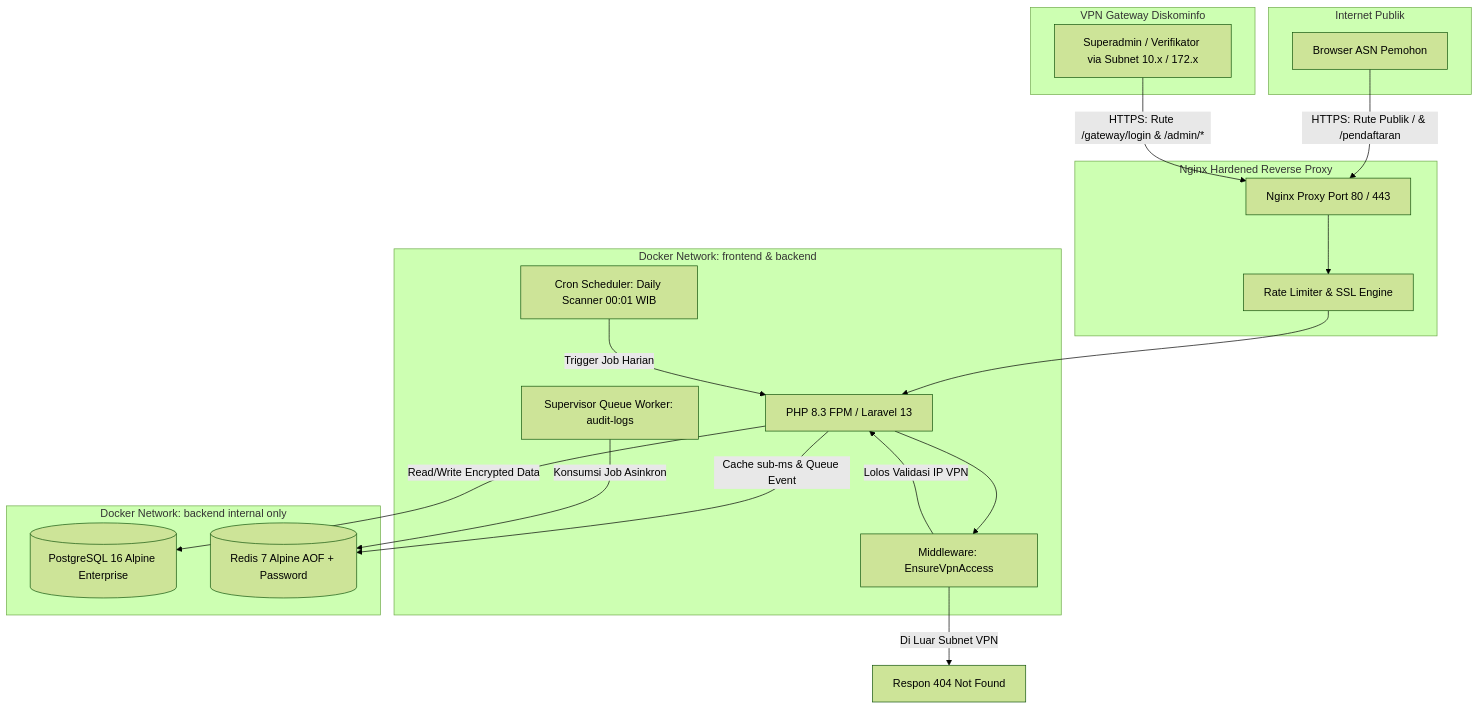
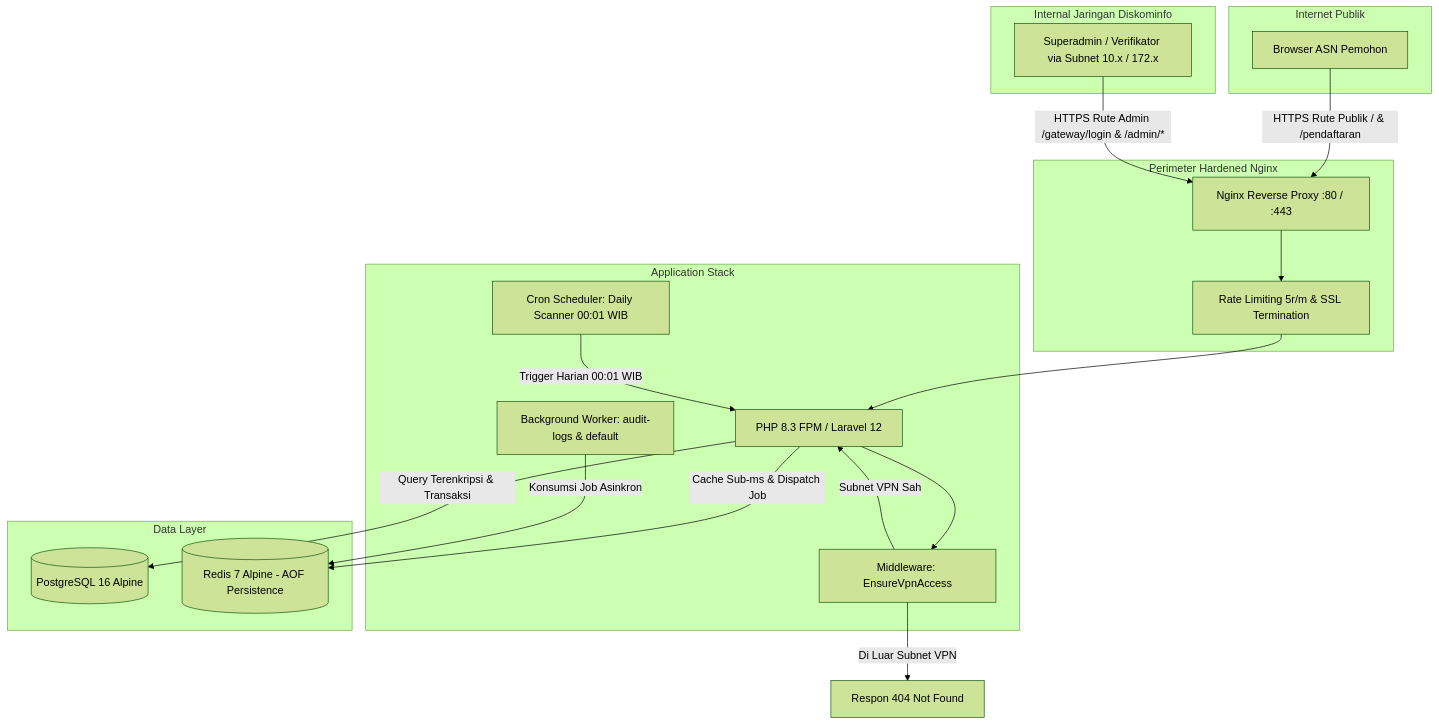
One commit to jundan01/sismon-tte changed the diagram in README.md. Above: the diagram before and after it, drawn with Mermaid (forest theme). The commit also changed other lines of this file, not shown here.

Commit message:
docs: revise README.md to reflect V5 system state, remove obsolete sub-category theory, and document real audit results

````diff
--- a/README.md
+++ b/README.md
@@ -99,42 +107,42 @@
 ```mermaid
 graph TD
-    subgraph Jaringan Publik [Internet Publik]
-        PublicUser[Browser ASN Pemohon]
+    subgraph Internet Publik
+        ASN[Browser ASN Pemohon]
     end
 
-    subgraph Jaringan Internal Diskominfo [VPN Gateway Diskominfo]
+    subgraph Internal Jaringan Diskominfo
         AdminVPN[Superadmin / Verifikator via Subnet 10.x / 172.x]
     end
 
-    subgraph Perimeter Edge [Nginx Hardened Reverse Proxy]
-        EdgeProxy[Nginx Proxy Port 80 / 443]
-        RateLimitZone[Rate Limiter & SSL Engine]
+    subgraph Perimeter Hardened Nginx
+        EdgeProxy[Nginx Reverse Proxy :80 / :443]
+        RateLimiter[Rate Limiting 5r/m & SSL Termination]
     end
 
-    subgraph Application Cluster [Docker Network: frontend & backend]
-        AppCluster[PHP 8.3 FPM / Laravel 13]
-        VpnGuard[Middleware: EnsureVpnAccess]
-        QueueWorker[Supervisor Queue Worker: audit-logs]
+    subgraph Application Stack
+        AppFpm[PHP 8.3 FPM / Laravel 12]
+        VpnMiddleware[Middleware: EnsureVpnAccess]
+        QueueWorker[Background Worker: audit-logs & default]
         CronJob[Cron Scheduler: Daily Scanner 00:01 WIB]
     end
 
-    subgraph Data Tier [Docker Network: backend internal only]
-        DB[(PostgreSQL 16 Alpine Enterprise)]
-        RedisCache[(Redis 7 Alpine AOF + Password)]
+    subgraph Data Layer
+        Postgres[(PostgreSQL 16 Alpine)]
+        RedisCache[(Redis 7 Alpine - AOF Persistence)]
     end
 
-    PublicUser -->|HTTPS: Rute Publik / & /pendaftaran| EdgeProxy
-    AdminVPN -->|HTTPS: Rute /gateway/login & /admin/*| EdgeProxy
-    
-    EdgeProxy --> RateLimitZone
-    RateLimitZone --> AppCluster
-    
-    AppCluster --> VpnGuard
-    VpnGuard -->|Lolos Validasi IP VPN| AppCluster
-    VpnGuard -->|Di Luar Subnet VPN| StealthBlock[Respon 404 Not Found]
-    
-    AppCluster -->|Read/Write Encrypted Data| DB
-    AppCluster -->|Cache sub-ms & Queue Event| RedisCache
+    ASN -->|HTTPS Rute Publik / & /pendaftaran| EdgeProxy
+    AdminVPN -->|HTTPS Rute Admin /gateway/login & /admin/*| EdgeProxy
+
+    EdgeProxy --> RateLimiter
+    RateLimiter --> AppFpm
+
+    AppFpm --> VpnMiddleware
+    VpnMiddleware -->|Subnet VPN Sah| AppFpm
+    VpnMiddleware -->|Di Luar Subnet VPN| Stealth404[Respon 404 Not Found]
+
+    AppFpm -->|Query Terenkripsi & Transaksi| Postgres
+    AppFpm -->|Cache Sub-ms & Dispatch Job| RedisCache
     QueueWorker -->|Konsumsi Job Asinkron| RedisCache
-    CronJob -->|Trigger Job Harian| AppCluster
+    CronJob -->|Trigger Harian 00:01 WIB| AppFpm
 ```
````
